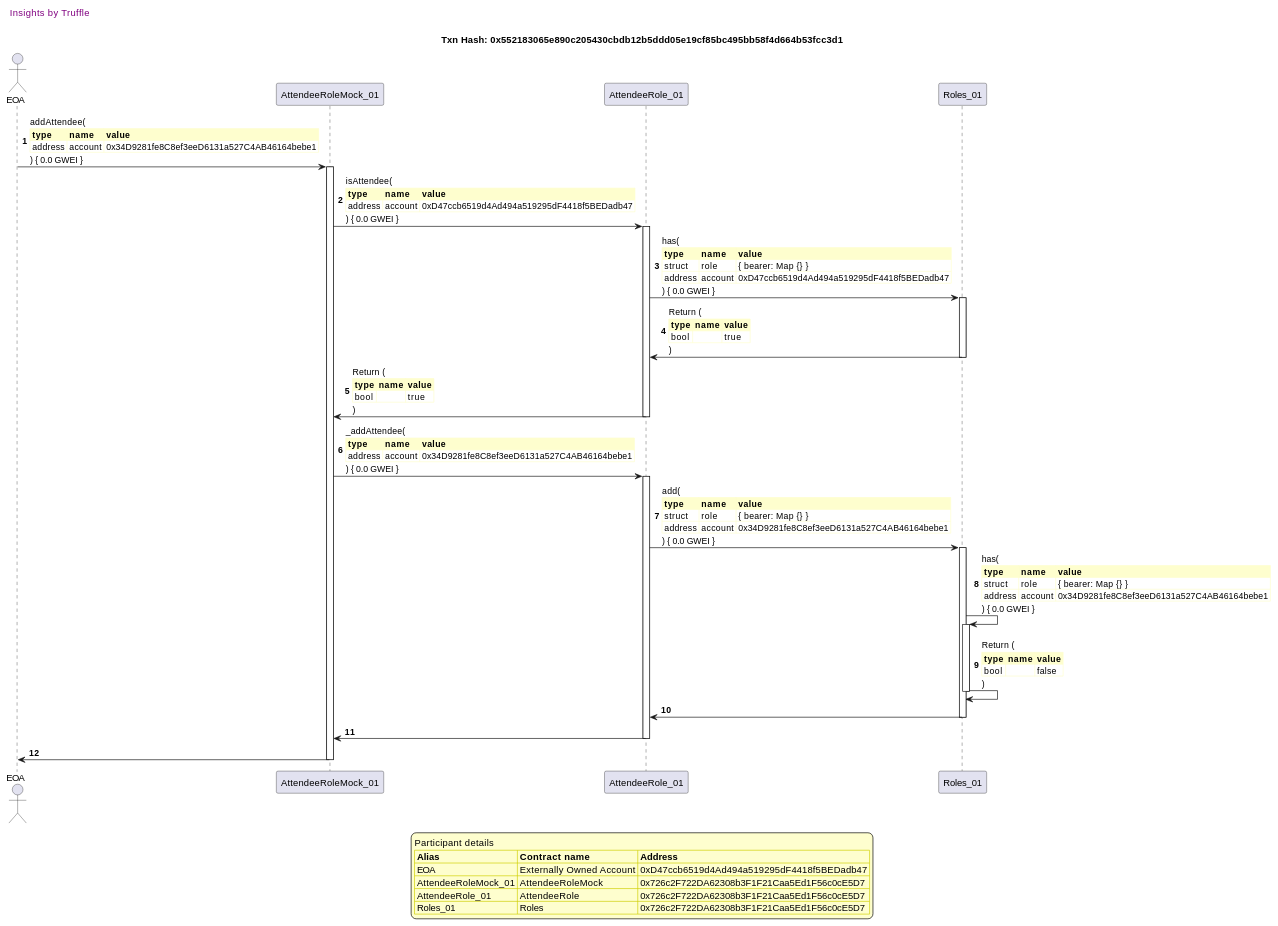
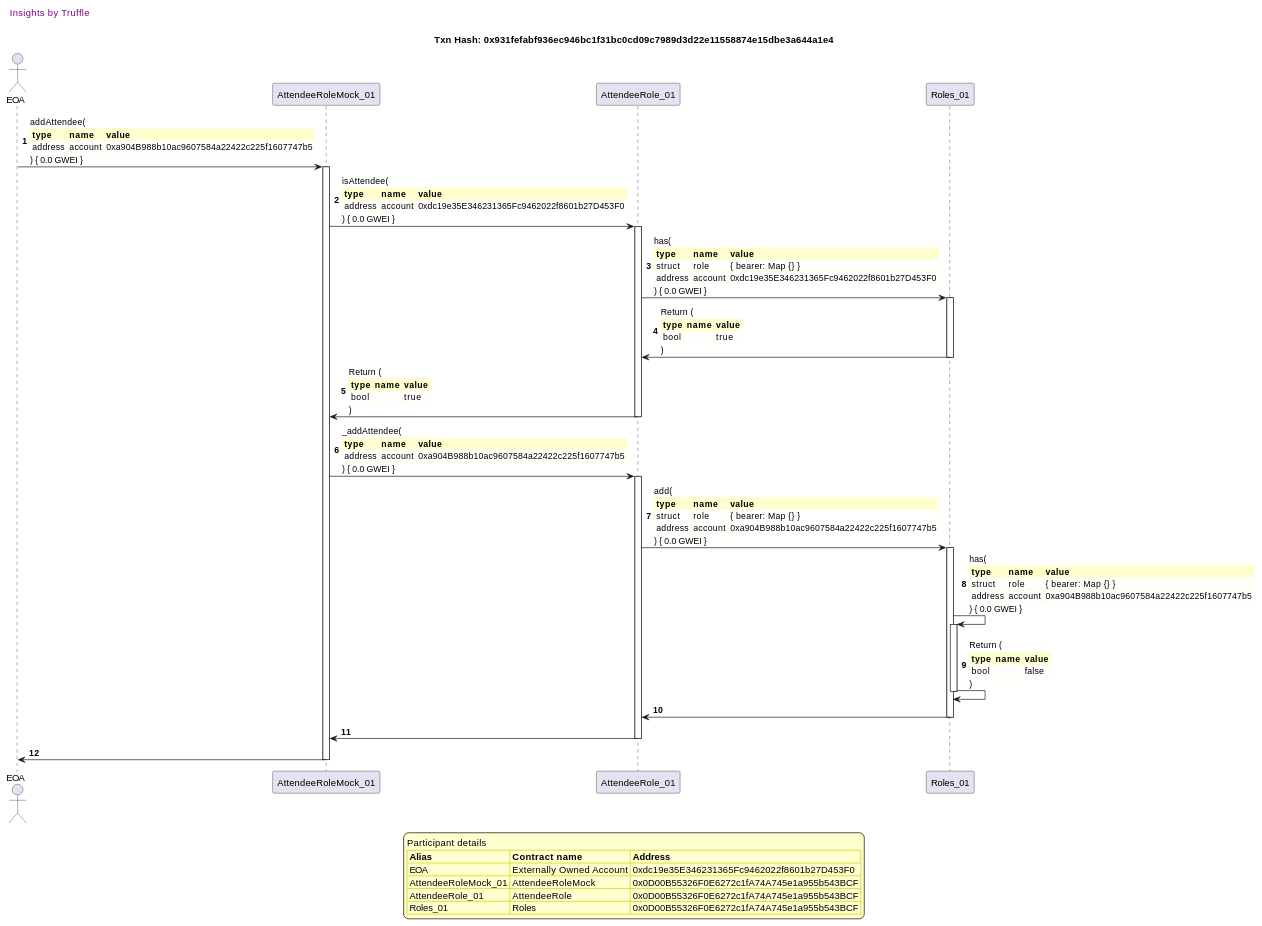
Diagram 14 of 41 in truffle-seq/roles_attendeerole.md (fodisi/hackapay), drawn with PlantUML before and after one commit. The commit also changed other lines of this file and 10 other files, not shown here.

````diff
--- a/truffle-seq/roles_attendeerole.md
+++ b/truffle-seq/roles_attendeerole.md
@@ -1049,81 +1049,81 @@
 ```plantuml
 
 
 @startuml
 
 autonumber
 skinparam legendBackgroundColor #FEFECE
 
 <style>
       header {
         HorizontalAlignment left
         FontColor purple
         FontSize 14
         Padding 10
       }
     </style>
 
 header Insights by Truffle
 
-title Txn Hash: 0x552183065e890c205430cbdb12b5ddd05e19cf85bc495bb58f4d664b53fcc3d1
+title Txn Hash: 0x931fefabf936ec946bc1f31bc0cd09c7989d3d22e11558874e15dbe3a644a1e4
 
 
 actor EOA as "EOA"
 participant AttendeeRoleMock_01 as "AttendeeRoleMock_01"
 participant AttendeeRole_01 as "AttendeeRole_01"
 participant Roles_01 as "Roles_01"
 
 "EOA" -> "AttendeeRoleMock_01" ++: addAttendee(\n\
 <#FEFECE,#FEFECE>|= type |= name |= value |\n\
-| address | account | 0x34D9281fe8C8ef3eeD6131a527C4AB46164bebe1 |\n\
+| address | account | 0xa904B988b10ac9607584a22422c225f1607747b5 |\n\
 ) { 0.0 GWEI }
 "AttendeeRoleMock_01" -> "AttendeeRole_01" ++: isAttendee(\n\
 <#FEFECE,#FEFECE>|= type |= name |= value |\n\
-| address | account | 0xD47ccb6519d4Ad494a519295dF4418f5BEDadb47 |\n\
+| address | account | 0xdc19e35E346231365Fc9462022f8601b27D453F0 |\n\
 ) { 0.0 GWEI }
 "AttendeeRole_01" -> "Roles_01" ++: has(\n\
 <#FEFECE,#FEFECE>|= type |= name |= value |\n\
 | struct | role | { bearer: Map {} } |\n\
-| address | account | 0xD47ccb6519d4Ad494a519295dF4418f5BEDadb47 |\n\
+| address | account | 0xdc19e35E346231365Fc9462022f8601b27D453F0 |\n\
 ) { 0.0 GWEI }
 "Roles_01" -> "AttendeeRole_01" --: Return (\n\
 <#FEFECE,#FEFECE>|= type |= name |= value |\n\
 | bool |  | true |\n\
 )
 "AttendeeRole_01" -> "AttendeeRoleMock_01" --: Return (\n\
 <#FEFECE,#FEFECE>|= type |= name |= value |\n\
 | bool |  | true |\n\
 )
 "AttendeeRoleMock_01" -> "AttendeeRole_01" ++: _addAttendee(\n\
 <#FEFECE,#FEFECE>|= type |= name |= value |\n\
-| address | account | 0x34D9281fe8C8ef3eeD6131a527C4AB46164bebe1 |\n\
+| address | account | 0xa904B988b10ac9607584a22422c225f1607747b5 |\n\
 ) { 0.0 GWEI }
 "AttendeeRole_01" -> "Roles_01" ++: add(\n\
 <#FEFECE,#FEFECE>|= type |= name |= value |\n\
 | struct | role | { bearer: Map {} } |\n\
-| address | account | 0x34D9281fe8C8ef3eeD6131a527C4AB46164bebe1 |\n\
+| address | account | 0xa904B988b10ac9607584a22422c225f1607747b5 |\n\
 ) { 0.0 GWEI }
 "Roles_01" -> "Roles_01" ++: has(\n\
 <#FEFECE,#FEFECE>|= type |= name |= value |\n\
 | struct | role | { bearer: Map {} } |\n\
-| address | account | 0x34D9281fe8C8ef3eeD6131a527C4AB46164bebe1 |\n\
+| address | account | 0xa904B988b10ac9607584a22422c225f1607747b5 |\n\
 ) { 0.0 GWEI }
 "Roles_01" -> "Roles_01" --: Return (\n\
 <#FEFECE,#FEFECE>|= type |= name |= value |\n\
 | bool |  | false |\n\
 )
 "Roles_01" -> "AttendeeRole_01" --: 
 "AttendeeRole_01" -> "AttendeeRoleMock_01" --: 
 "AttendeeRoleMock_01" -> "EOA" --: 
 
 legend
 Participant details
 <#FEFECE,#D0D000>|= Alias |= Contract name |= Address |
-<#FEFECE>| EOA | Externally Owned Account | 0xD47ccb6519d4Ad494a519295dF4418f5BEDadb47 |
-<#FEFECE>| AttendeeRoleMock_01 | AttendeeRoleMock | 0x726c2F722DA62308b3F1F21Caa5Ed1F56c0cE5D7 |
-<#FEFECE>| AttendeeRole_01 | AttendeeRole | 0x726c2F722DA62308b3F1F21Caa5Ed1F56c0cE5D7 |
-<#FEFECE>| Roles_01 | Roles | 0x726c2F722DA62308b3F1F21Caa5Ed1F56c0cE5D7 |
+<#FEFECE>| EOA | Externally Owned Account | 0xdc19e35E346231365Fc9462022f8601b27D453F0 |
+<#FEFECE>| AttendeeRoleMock_01 | AttendeeRoleMock | 0x0D00B55326F0E6272c1fA74A745e1a955b543BCF |
+<#FEFECE>| AttendeeRole_01 | AttendeeRole | 0x0D00B55326F0E6272c1fA74A745e1a955b543BCF |
+<#FEFECE>| Roles_01 | Roles | 0x0D00B55326F0E6272c1fA74A745e1a955b543BCF |
 endlegend
 
 @enduml
 ```
````
